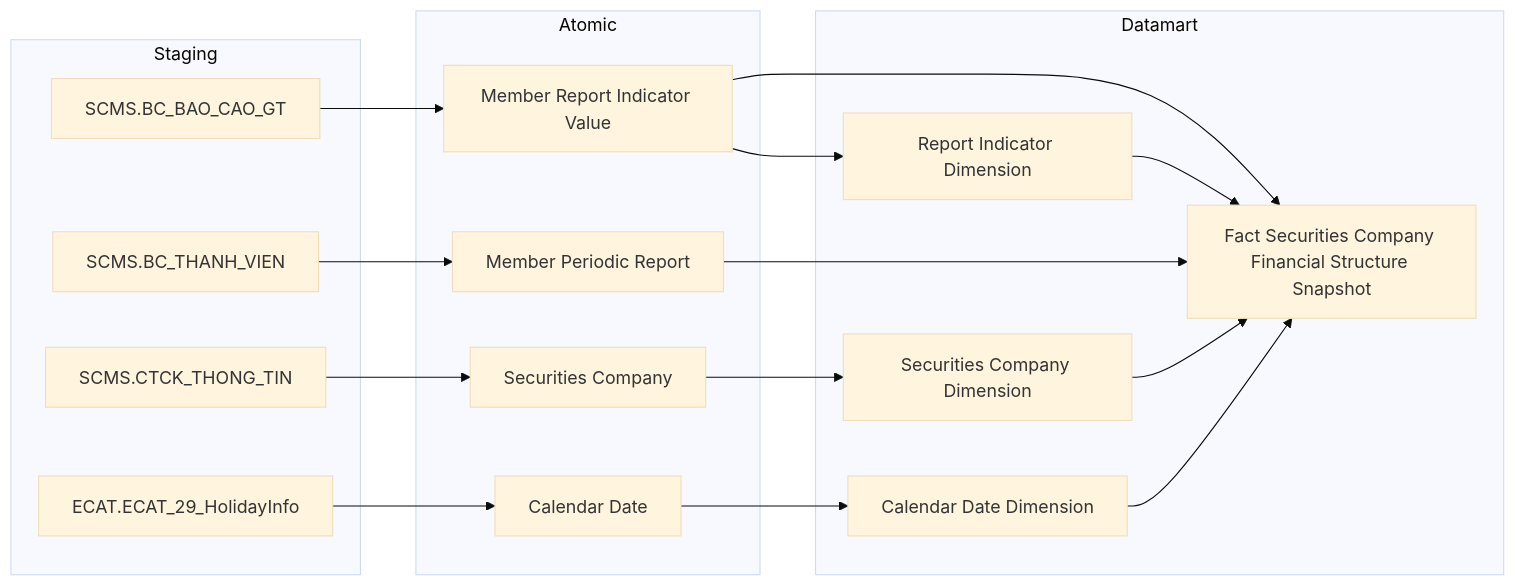
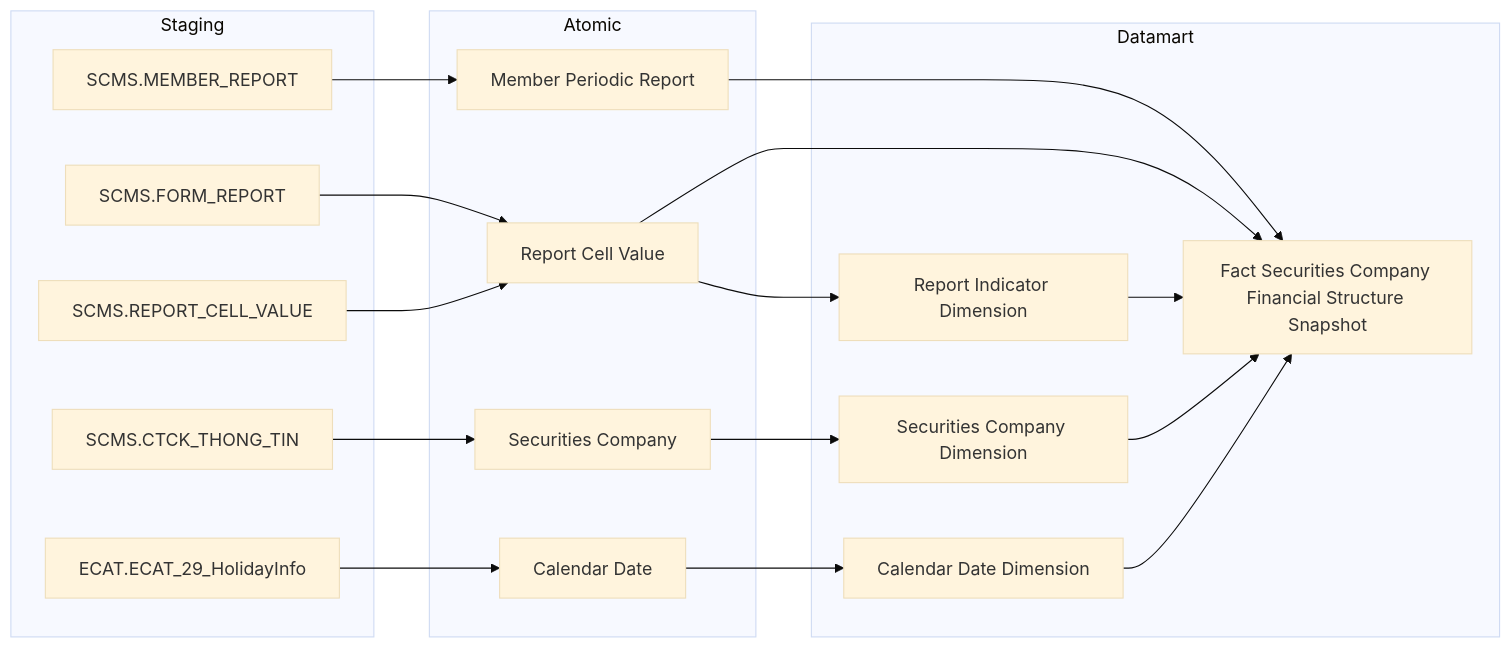
The fifth of 30 diagrams in Datamart/hld/DTM_QLKD_HLD.md (linhlvit/ubck_atomic_design), drawn with Mermaid (base theme) before and after one commit. The commit also changed other lines of this file and 35 other files, not shown here.

````diff
--- a/Datamart/hld/DTM_QLKD_HLD.md
+++ b/Datamart/hld/DTM_QLKD_HLD.md
@@ -137,38 +185,40 @@
 ```mermaid
 flowchart LR
     subgraph SRC["Staging"]
-        S1["SCMS.BC_BAO_CAO_GT"]
-        S2["SCMS.BC_THANH_VIEN"]
+        S1["SCMS.MEMBER_REPORT"]
+        S1b["SCMS.FORM_REPORT"]
+        S1c["SCMS.REPORT_CELL_VALUE"]
         S3["SCMS.CTCK_THONG_TIN"]
         ECAT_ECAT_29_HolidayInfo["ECAT.ECAT_29_HolidayInfo"]
     end
 
     subgraph SIL["Atomic"]
-        SV1["Member Report Indicator Value"]
+        SV1["Report Cell Value"]
         SV2["Member Periodic Report"]
         SV3["Securities Company"]
         Calendar_Date["Calendar Date"]
     end
 
     subgraph Datamart["Datamart"]
         G1["Fact Securities Company Financial Structure Snapshot"]
         G2["Securities Company Dimension"]
         G3["Report Indicator Dimension"]
         G4["Calendar Date Dimension"]
     end
 
-    S1 --> SV1
-    S2 --> SV2
+    S1 --> SV2
+    S1b --> SV1
+    S1c --> SV1
     S3 --> SV3
     ECAT_ECAT_29_HolidayInfo --> Calendar_Date
 
     SV1 --> G1
+    SV1 --> G3
     SV2 --> G1
-    SV1 --> G3
     SV3 --> G2
     Calendar_Date --> G4
 
     G2 --> G1
     G3 --> G1
     G4 --> G1
 ```
````
